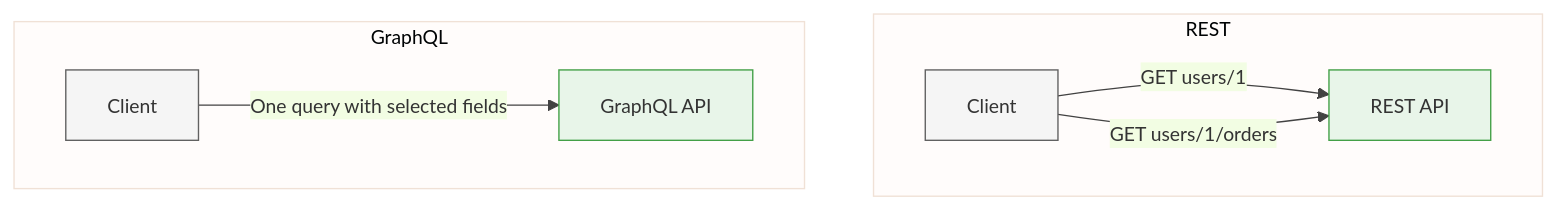
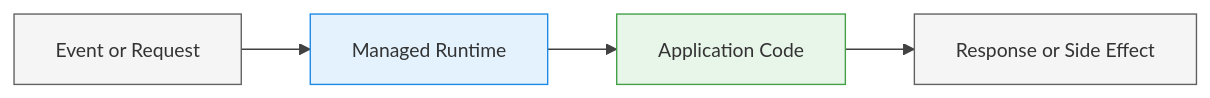
Before and after one commit to senthilkumarm1901/learn_by_blogging: diagram 18 of 36 in posts/it_architect/it_architect_blog.qmd, drawn with Mermaid. The commit also changed other lines of this file and 5 other files, not shown here.

Commit message:
updated technical architect blog

````diff
--- a/posts/it_architect/it_architect_blog.qmd
+++ b/posts/it_architect/it_architect_blog.qmd
@@ -370,14 +525,11 @@
 ```{mermaid}
 %%{init: {'theme': 'base', 'themeVariables': {'primaryColor': '#E3F2FD', 'primaryBorderColor': '#1E88E5', 'lineColor': '#424242', 'fontSize': '14px'}}}%%
-flowchart TB
-    subgraph REST[REST]
-        RC[Client]:::client -->|GET users/1| RS[REST API]:::compute
-        RC -->|GET users/1/orders| RS
-    end
-    subgraph GQL[GraphQL]
-        GC[Client]:::client -->|One query with selected fields| GS[GraphQL API]:::compute
-    end
+flowchart LR
+    E[Event or Request]:::client --> P[Managed Runtime]:::control
+    P --> F[Application Code]:::compute
+    F --> R[Response or Side Effect]:::client
 
     classDef client fill:#F5F5F5,stroke:#616161,stroke-width:1px;
+    classDef control fill:#E3F2FD,stroke:#1E88E5,stroke-width:1px;
     classDef compute fill:#E8F5E9,stroke:#43A047,stroke-width:1px;
 ```
````
